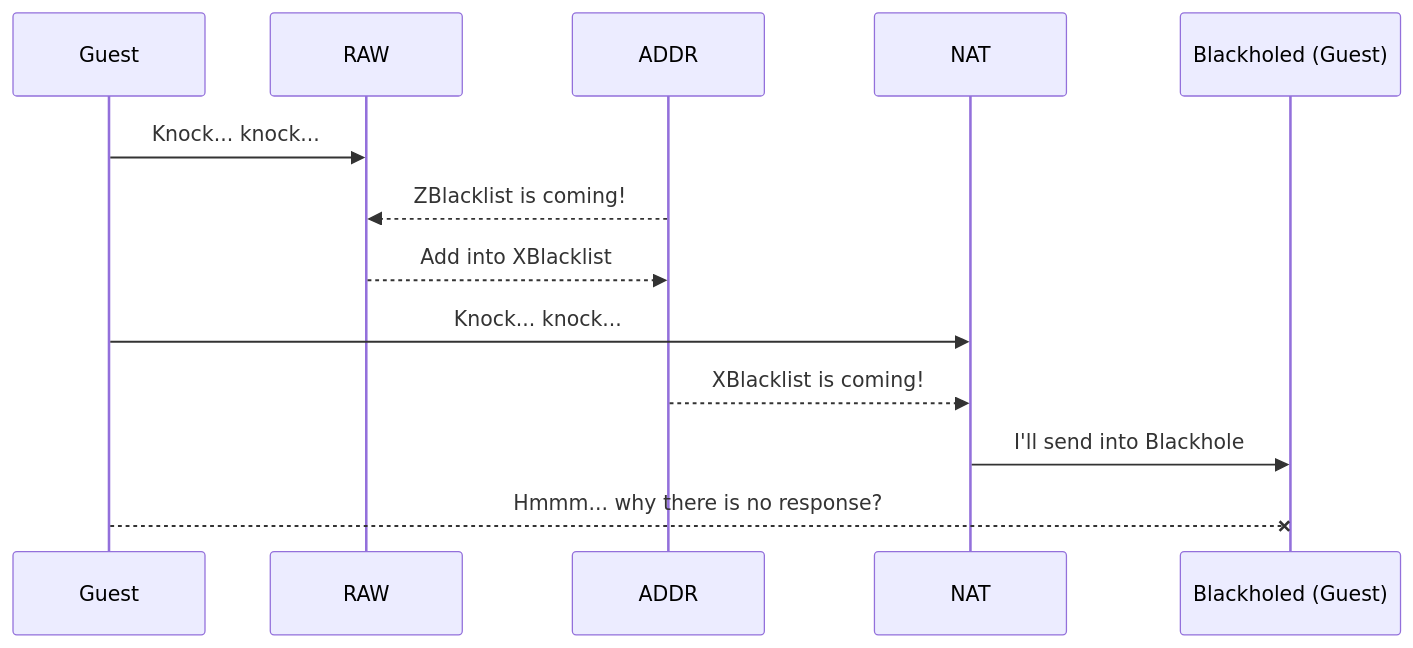
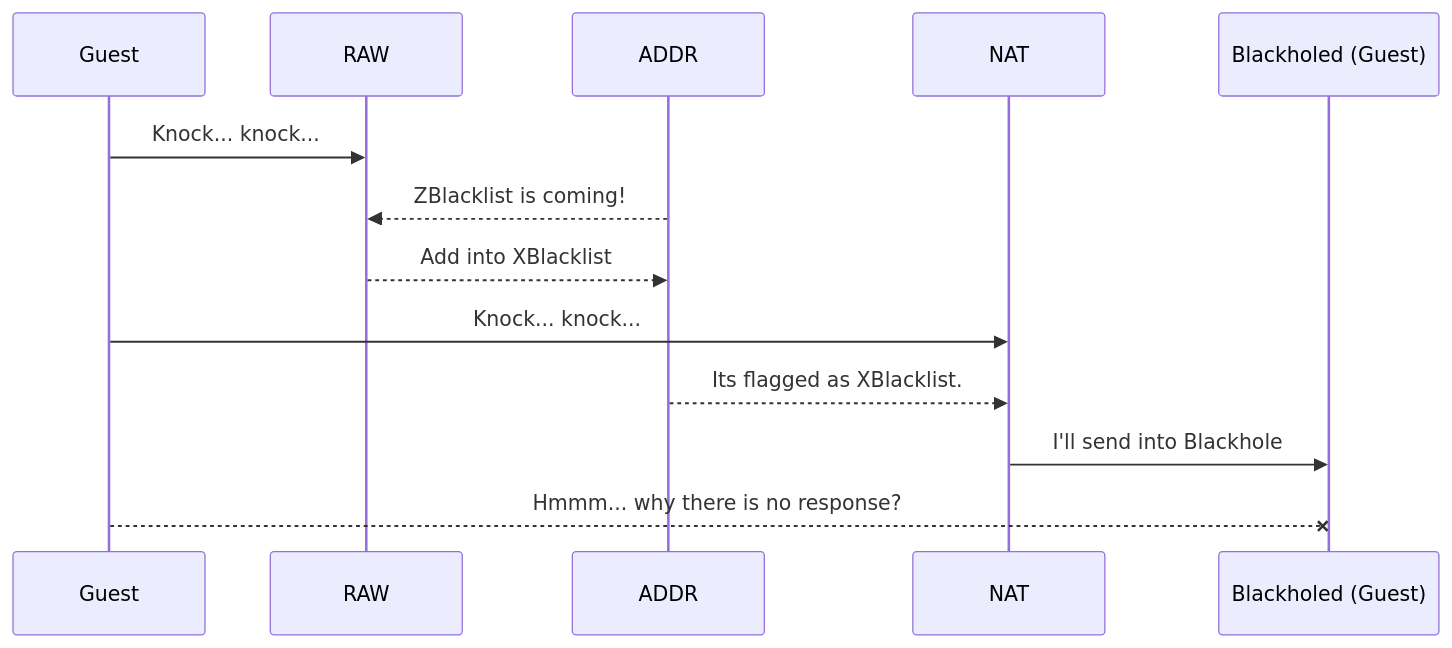
The diagram in address-list/ZBLACKLIST.md (lokadns/tik), drawn with Mermaid before and after one commit.

````diff
--- a/address-list/ZBLACKLIST.md
+++ b/address-list/ZBLACKLIST.md
@@ -101,10 +101,10 @@
 ```mermaid
 sequenceDiagram
 Guest ->> RAW: Knock... knock...
 ADDR -->> RAW: ZBlacklist is coming!
 RAW -->> ADDR: Add into XBlacklist 
 Guest ->> NAT: Knock... knock...
-ADDR -->> NAT: XBlacklist is coming!
+ADDR -->> NAT: Its flagged as XBlacklist.
 NAT ->> Blackholed (Guest): I'll send into Blackhole
 Guest --x Blackholed (Guest): Hmmm... why there is no response?
 ```
````
